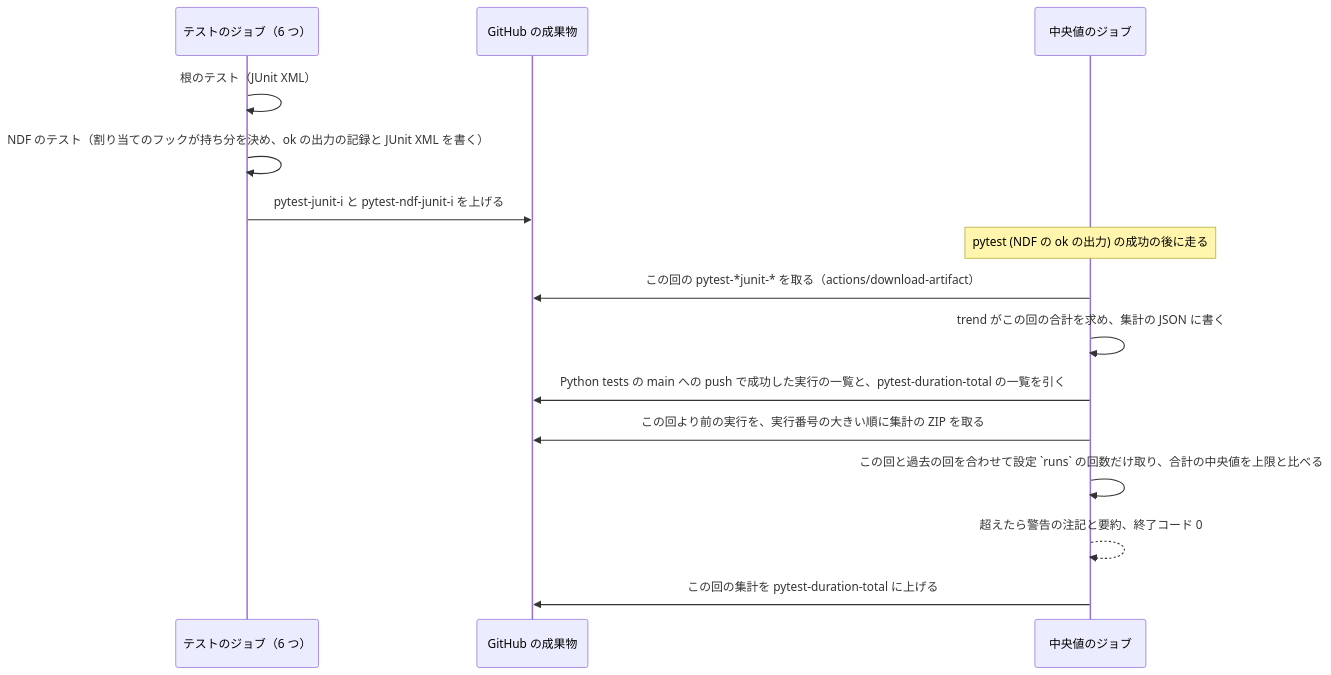
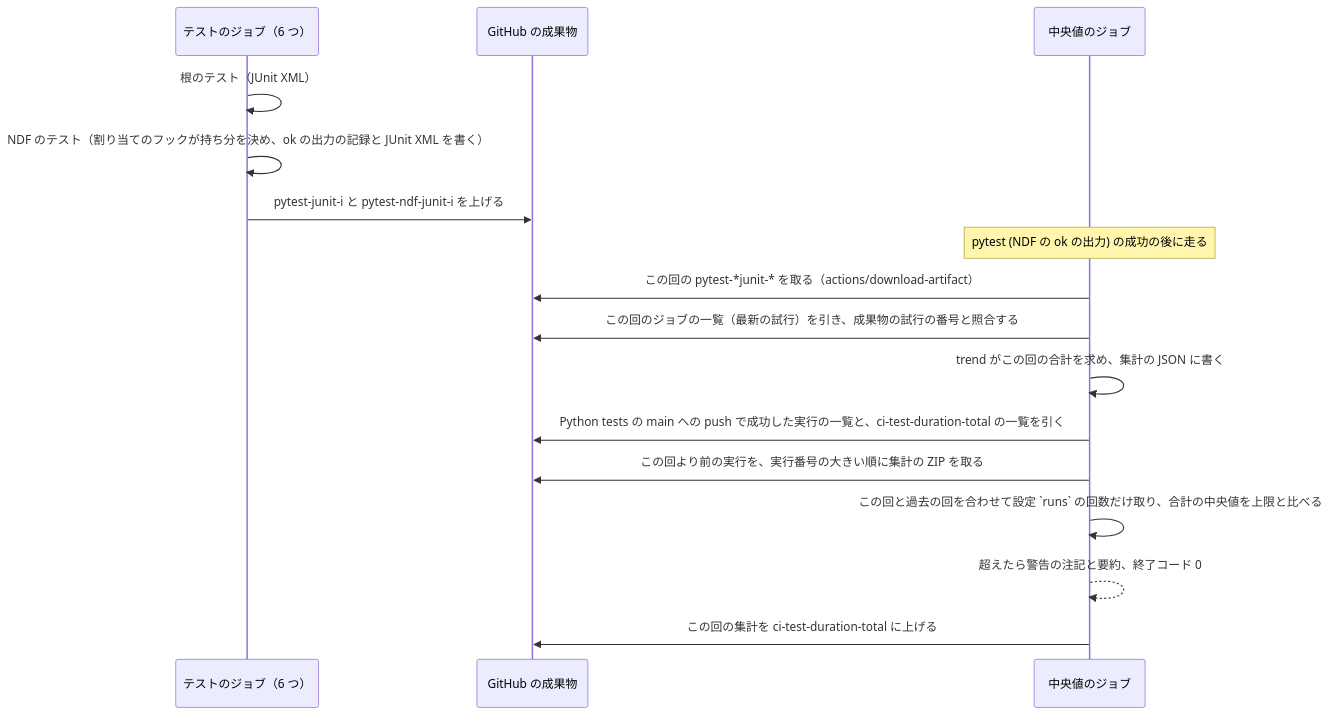
One commit to devbasex/ai-plugins changed the fourth of 4 diagrams in issues/issue-4331-design.md. Above: the diagram before and after it, drawn with Mermaid. The commit also changed other lines of this file, not shown here.

````diff
--- a/issues/issue-4331-design.md
+++ b/issues/issue-4331-design.md
@@ -127,17 +127,18 @@
 ```mermaid
 sequenceDiagram
     participant J as テストのジョブ（6 つ）
     participant G as GitHub の成果物
     participant D as 中央値のジョブ
     J->>J: 根のテスト（JUnit XML）
     J->>J: NDF のテスト（割り当てのフックが持ち分を決め、ok の出力の記録と JUnit XML を書く）
     J->>G: pytest-junit-i と pytest-ndf-junit-i を上げる
     Note over D: pytest (NDF の ok の出力) の成功の後に走る
     D->>G: この回の pytest-*junit-* を取る（actions/download-artifact）
+    D->>G: この回のジョブの一覧（最新の試行）を引き、成果物の試行の番号と照合する
     D->>D: trend がこの回の合計を求め、集計の JSON に書く
-    D->>G: Python tests の main への push で成功した実行の一覧と、pytest-duration-total の一覧を引く
+    D->>G: Python tests の main への push で成功した実行の一覧と、ci-test-duration-total の一覧を引く
     D->>G: この回より前の実行を、実行番号の大きい順に集計の ZIP を取る
     D->>D: この回と過去の回を合わせて設定 `runs` の回数だけ取り、合計の中央値を上限と比べる
     D-->>D: 超えたら警告の注記と要約、終了コード 0
-    D->>G: この回の集計を pytest-duration-total に上げる
+    D->>G: この回の集計を ci-test-duration-total に上げる
 ```
````
